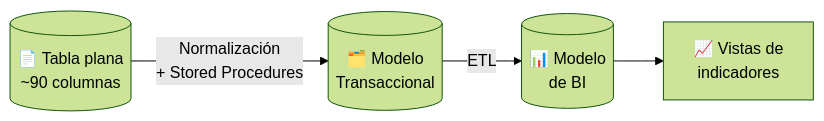
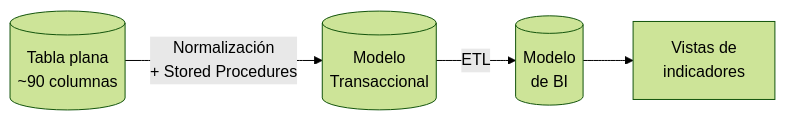
One commit to agtorres1/sql-server-data-migration-bi changed the first of 2 diagrams in README.md. Above: the diagram before and after it, drawn with Mermaid (forest theme). The commit also changed other lines of this file, not shown here.

````diff
--- a/README.md
+++ b/README.md
@@ -23,6 +23,6 @@
 ```mermaid
 flowchart LR
-    A[("📄 Tabla plana<br/>~90 columnas")] -->|Normalización<br/>+ Stored Procedures| B[("🗂️ Modelo<br/>Transaccional")]
-    B -->|ETL| C[("📊 Modelo<br/>de BI")]
-    C --> D["📈 Vistas de<br/>indicadores"]
+    A[("Tabla plana<br/>~90 columnas")] -->|Normalización<br/>+ Stored Procedures| B[("Modelo<br/>Transaccional")]
+    B -->|ETL| C[("Modelo<br/>de BI")]
+    C --> D["Vistas de<br/>indicadores"]
 ```
````
